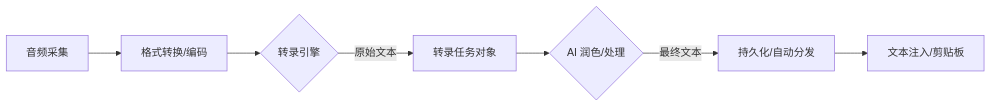
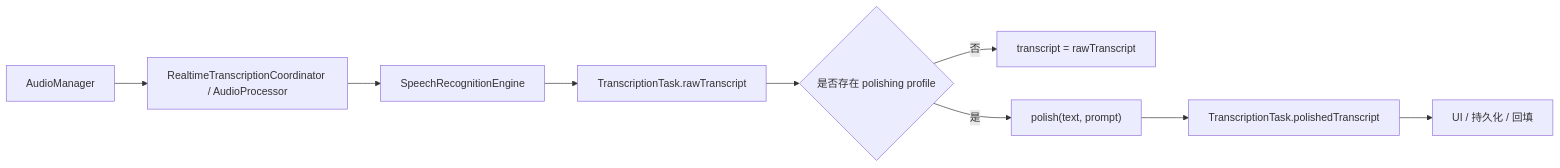
Before and after one commit to yaktypeinput-bit/YakType-Input-Release: the first of 2 diagrams in core/Architecture-Overview.md, drawn with Mermaid. The commit also changed other lines of this file and 13 other files, not shown here.

````diff
--- a/core/Architecture-Overview.md
+++ b/core/Architecture-Overview.md
@@ -45,9 +129,11 @@
 ```mermaid
 graph LR
-    A[音频采集] --> B[格式转换/编码]
-    B --> C{转录引擎}
-    C -->|原始文本| D[转录任务对象]
-    D --> E{AI 润色/处理}
-    E -->|最终文本| F[持久化/自动分发]
-    F --> G[文本注入/剪贴板]
+    A["AudioManager"] --> B["RealtimeTranscriptionCoordinator / AudioProcessor"]
+    B --> C["SpeechRecognitionEngine"]
+    C --> D["TranscriptionTask.rawTranscript"]
+    D --> E{"是否存在 polishing profile"}
+    E -- "否" --> F["transcript = rawTranscript"]
+    E -- "是" --> G["polish(text, prompt)"]
+    G --> H["TranscriptionTask.polishedTranscript"]
+    H --> I["UI / 持久化 / 回填"]
 ```
````
